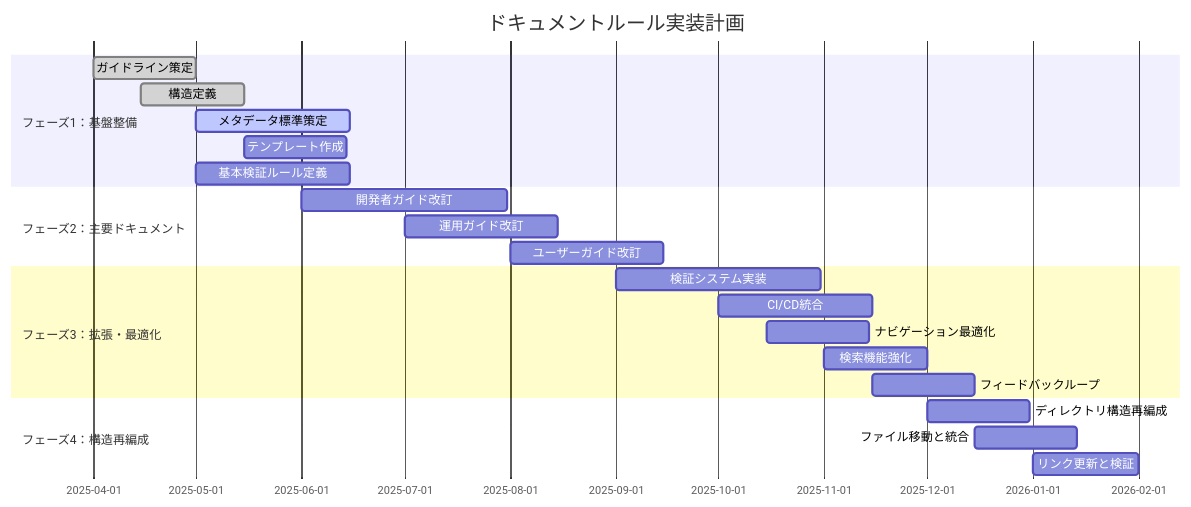
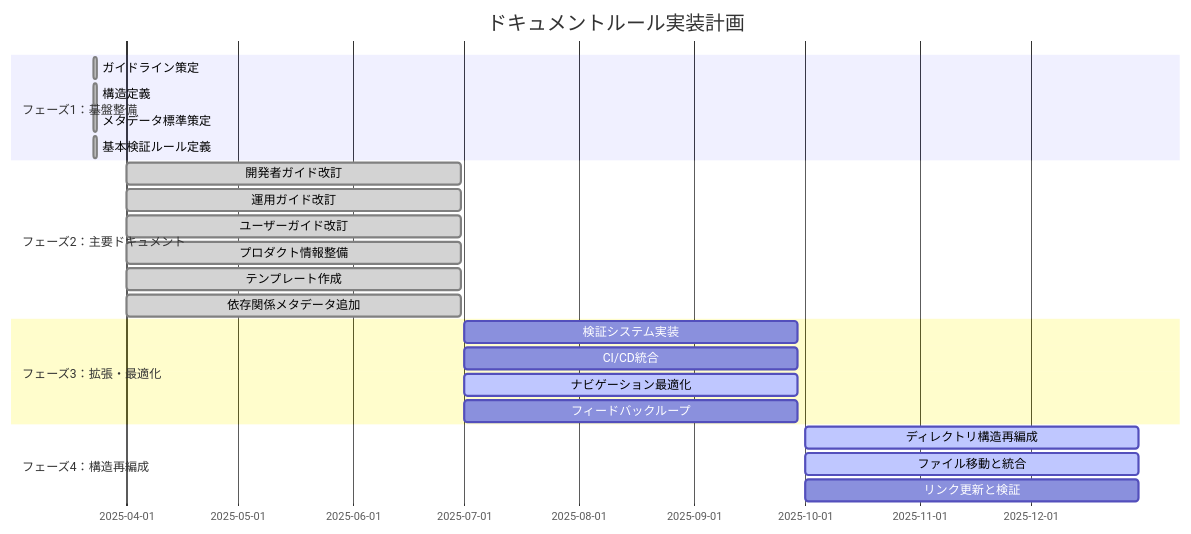
One commit to ToyB0x/git-resume changed the diagram in docs/PLAN.md. Above: the diagram before and after it, drawn with Mermaid. The commit also changed other lines of this file and 37 other files, not shown here.

````diff
--- a/docs/PLAN.md
+++ b/docs/PLAN.md
@@ -100,25 +98,26 @@
 ```mermaid
 gantt
     title ドキュメントルール実装計画
     dateFormat  YYYY-MM-DD
     section フェーズ1：基盤整備
-    ガイドライン策定      :done, g1, 2025-04-01, 30d
-    構造定義              :done, g2, 2025-04-15, 30d
-    メタデータ標準策定    :active, g3, 2025-05-01, 45d
-    テンプレート作成      :g4, 2025-05-15, 30d
-    基本検証ルール定義    :g5, 2025-05-01, 45d
+    ガイドライン策定      :done, 2025-03-23, 1d
+    構造定義              :done, 2025-03-23, 1d
+    メタデータ標準策定    :done, 2025-03-23, 1d
+    基本検証ルール定義    :done, 2025-03-23, 1d
     section フェーズ2：主要ドキュメント
-    開発者ガイド改訂      :g6, 2025-06-01, 60d
-    運用ガイド改訂        :g7, 2025-07-01, 45d
-    ユーザーガイド改訂    :g8, 2025-08-01, 45d
+    開発者ガイド改訂      :done, 2025-04-01, 90d
+    運用ガイド改訂        :done, 2025-04-01, 90d
+    ユーザーガイド改訂    :done, 2025-04-01, 90d
+    プロダクト情報整備    :done, 2025-04-01, 90d
+    テンプレート作成      :done, 2025-04-01, 90d
+    依存関係メタデータ追加 :done, 2025-04-01, 90d
     section フェーズ3：拡張・最適化
-    検証システム実装      :g9, 2025-09-01, 60d
-    CI/CD統合             :g10, 2025-10-01, 45d
-    ナビゲーション最適化  :g11, 2025-10-15, 30d
-    検索機能強化          :g12, 2025-11-01, 30d
-    フィードバックループ  :g13, 2025-11-15, 30d
+    検証システム実装      :2025-07-01, 90d
+    CI/CD統合             :2025-07-01, 90d
+    ナビゲーション最適化  :active, 2025-07-01, 90d
+    フィードバックループ  :2025-07-01, 90d
     section フェーズ4：構造再編成
-    ディレクトリ構造再編成 :g14, 2025-12-01, 30d
-    ファイル移動と統合     :g15, 2025-12-15, 30d
-    リンク更新と検証       :g16, 2026-01-01, 31d
+    ディレクトリ構造再編成 :active, 2025-10-01, 90d
+    ファイル移動と統合     :active, 2025-10-01, 90d
+    リンク更新と検証       :2025-10-01, 90d
 ```
````
